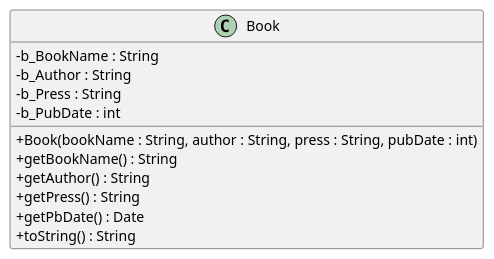
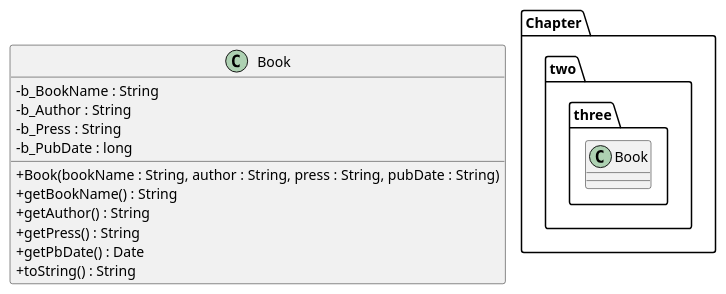
The diagram in resources/UML/src/test.wsd (ChanthMiao/JavaTutorial), drawn with PlantUML before and after one commit. The commit also changed 20 other files, not shown here.

```diff
--- a/resources/UML/src/test.wsd
+++ b/resources/UML/src/test.wsd
@@ -1,15 +1,18 @@
 @startuml Book
 skinparam ClassAttributeIconSize 0
+package Chapter.two.three{
+    class Book
+}
 class Book{
     -b_BookName : String
     -b_Author : String
     -b_Press : String
-    -b_PubDate : int
-    +Book(bookName : String, author : String, press : String, pubDate : int)
+    -b_PubDate : long
+    +Book(bookName : String, author : String, press : String, pubDate : String)
     +getBookName() : String
     +getAuthor() : String
     +getPress() : String
     +getPbDate() : Date
     +toString() : String
 }
 @enduml
```
